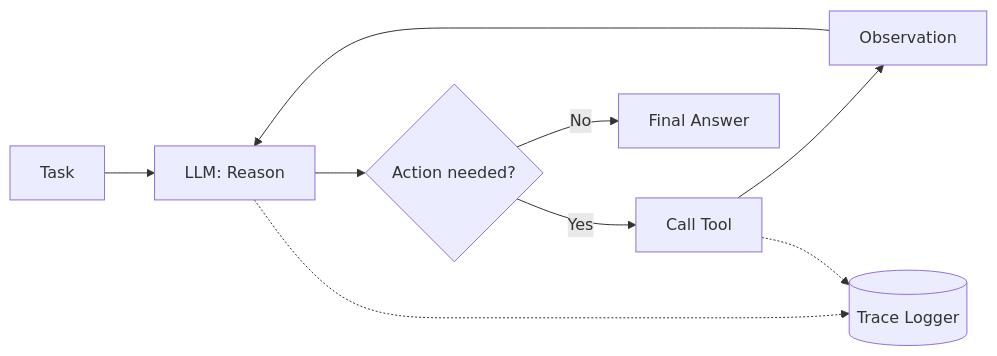
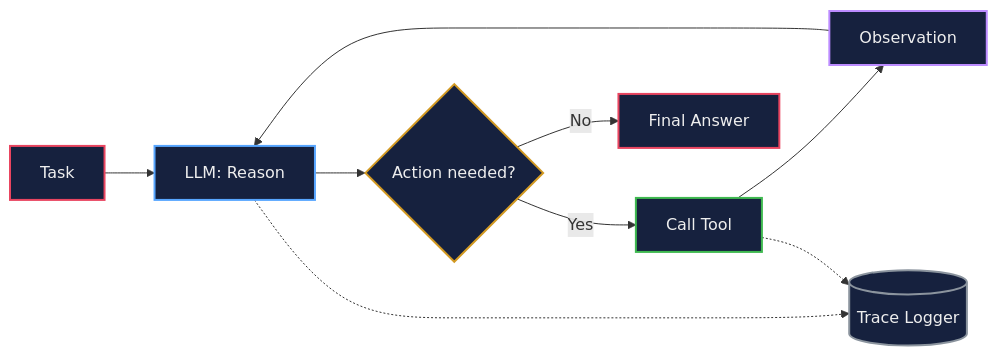
One commit to AnshumanJ28/LLM-agent changed the first of 4 diagrams in README.md. Above: the diagram before and after it, drawn with Mermaid. The commit also changed other lines of this file, not shown here.

````diff
--- a/README.md
+++ b/README.md
@@ -57,11 +65,19 @@
 ```mermaid
 flowchart LR
-    A[Task] --> B[LLM: Reason]
-    B --> C{Action needed?}
-    C -->|Yes| D[Call Tool]
-    D --> E[Observation]
+    A["Task"] --> B["LLM: Reason"]
+    B --> C{"Action needed?"}
+    C -->|"Yes"| D["Call Tool"]
+    D --> E["Observation"]
     E --> B
-    C -->|No| F[Final Answer]
-    B -.-> G[(Trace Logger)]
+    C -->|"No"| F["Final Answer"]
+    B -.-> G[("Trace Logger")]
     D -.-> G
+
+    style A fill:#16213e,stroke:#e94560,stroke-width:2px,color:#eee
+    style B fill:#16213e,stroke:#58a6ff,stroke-width:2px,color:#eee
+    style C fill:#16213e,stroke:#d29922,stroke-width:2px,color:#eee
+    style D fill:#16213e,stroke:#3fb950,stroke-width:2px,color:#eee
+    style E fill:#16213e,stroke:#bc8cff,stroke-width:2px,color:#eee
+    style F fill:#16213e,stroke:#e94560,stroke-width:2px,color:#eee
+    style G fill:#16213e,stroke:#8b949e,stroke-width:2px,color:#eee
 ```
````
